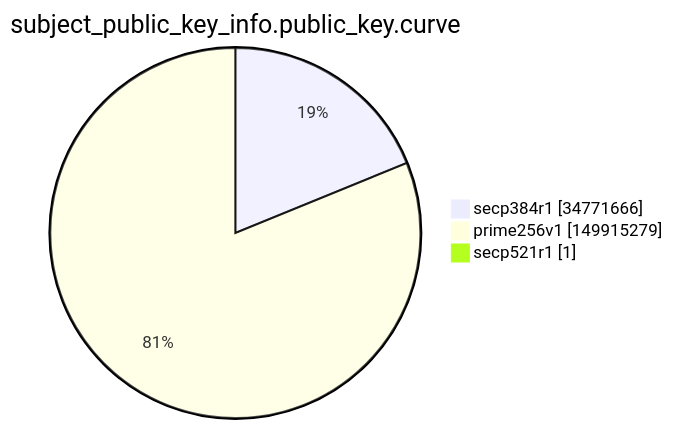
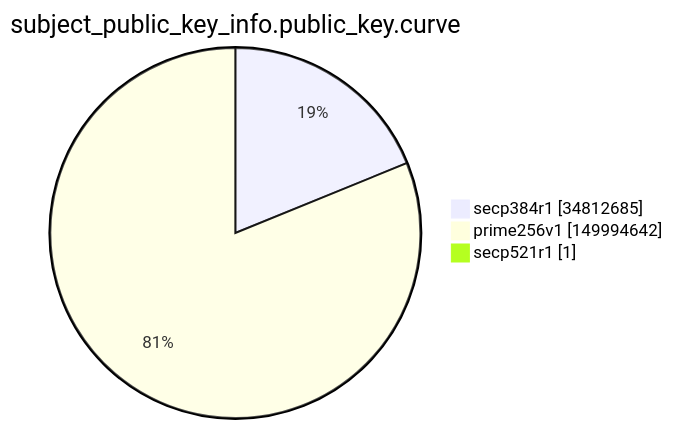
Before and after one commit to christiankrug/ctmonitor_visualization: the ninth of 15 diagrams in argon2022/README.md, drawn with Mermaid. The commit also changed other lines of this file, not shown here.

````diff
--- a/argon2022/README.md
+++ b/argon2022/README.md
@@ -2765,7 +2765,7 @@
 ```mermaid
 pie showData
 title subject_public_key_info.public_key.curve
-"secp384r1" :34771666
-"prime256v1" :149915279
+"secp384r1" :34812685
+"prime256v1" :149994642
 "secp521r1" :1
 ```
````
